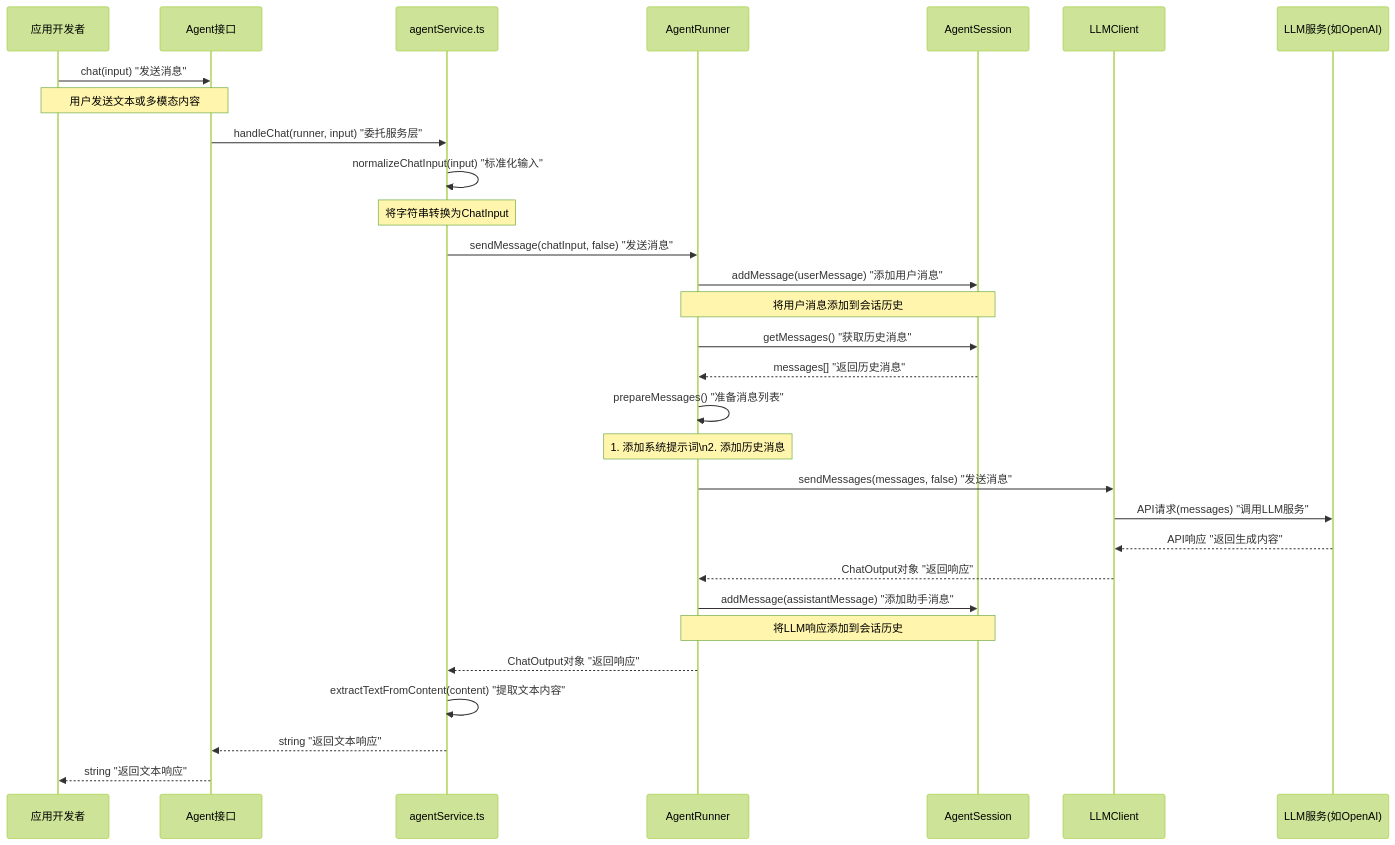
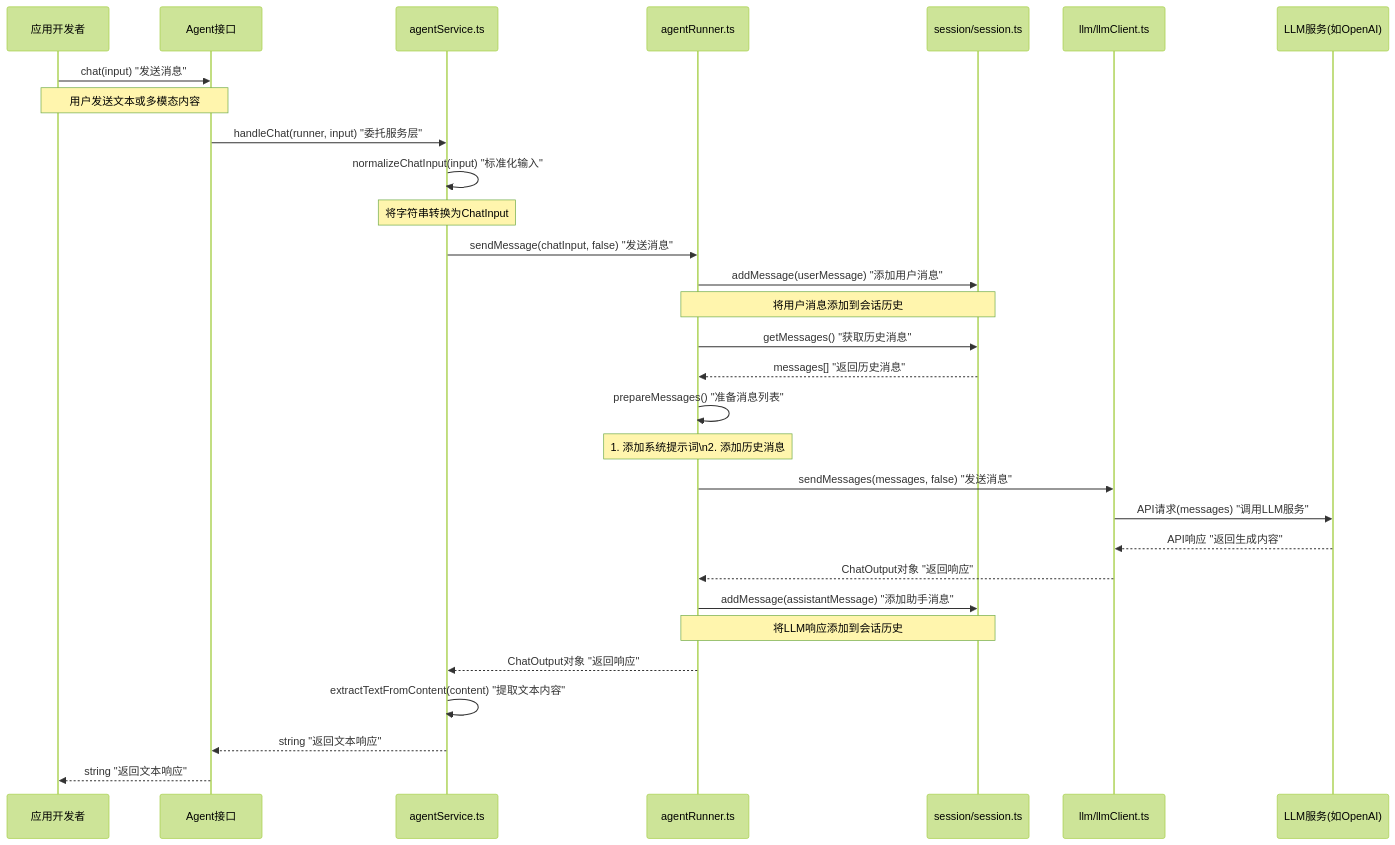
Before and after one commit to Deepractice/DPML: the third of 4 diagrams in packages/agent/docs/develop/Agent-Design.md, drawn with Mermaid (forest theme). The commit also changed other lines of this file and 26 other files, not shown here.

Commit message:
更新DPML Agent模块，将相关文件名从'agent'更改为'session'，以反映模块的重构和命名一致性。同时，新增AgentRunner和会话管理功能的实现，优化消息处理流程，提升模块的可维护性和可扩展性。更新相关文档和测试用例，确保开发者能够更好地理解和使用新结构。

````diff
--- a/packages/agent/docs/develop/Agent-Design.md
+++ b/packages/agent/docs/develop/Agent-Design.md
@@ -852,44 +904,44 @@
 ```mermaid
 sequenceDiagram
     participant User as 应用开发者
     participant Agent as Agent接口
     participant Service as agentService.ts
-    participant Runner as AgentRunner
-    participant Session as AgentSession
-    participant LLMClient as LLMClient
+    participant Runner as agentRunner.ts
+    participant Session as session/session.ts
+    participant LLMClient as llm/llmClient.ts
     participant LLMProvider as LLM服务(如OpenAI)
 
     User->>Agent: chat(input) "发送消息"
     Note over User, Agent: 用户发送文本或多模态内容
 
     Agent->>Service: handleChat(runner, input) "委托服务层"
     
     Service->>Service: normalizeChatInput(input) "标准化输入"
     Note over Service: 将字符串转换为ChatInput
 
     Service->>Runner: sendMessage(chatInput, false) "发送消息"
 
     Runner->>Session: addMessage(userMessage) "添加用户消息"
     Note over Runner, Session: 将用户消息添加到会话历史
 
     Runner->>Session: getMessages() "获取历史消息"
     Session-->>Runner: messages[] "返回历史消息"
 
     Runner->>Runner: prepareMessages() "准备消息列表"
     Note over Runner: 1. 添加系统提示词\n2. 添加历史消息
 
     Runner->>LLMClient: sendMessages(messages, false) "发送消息"
 
     LLMClient->>LLMProvider: API请求(messages) "调用LLM服务"
     LLMProvider-->>LLMClient: API响应 "返回生成内容"
 
     LLMClient-->>Runner: ChatOutput对象 "返回响应"
 
     Runner->>Session: addMessage(assistantMessage) "添加助手消息"
     Note over Runner, Session: 将LLM响应添加到会话历史
 
     Runner-->>Service: ChatOutput对象 "返回响应"
     Service->>Service: extractTextFromContent(content) "提取文本内容"
     Service-->>Agent: string "返回文本响应"
     Agent-->>User: string "返回文本响应"
 ```
````
